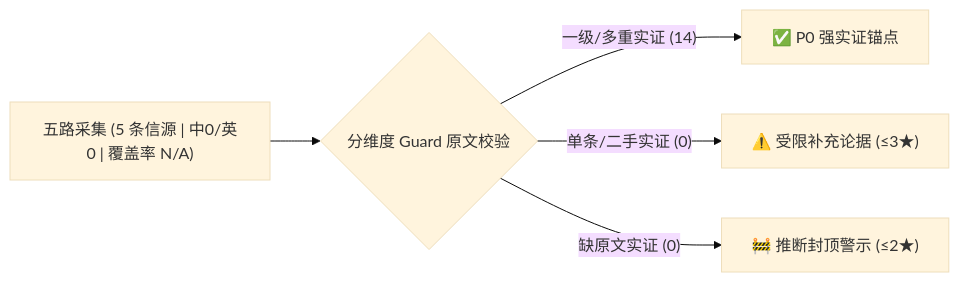
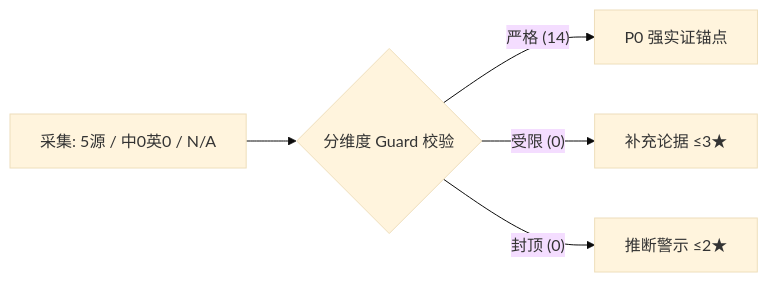
The second of 8 diagrams in reports/cursor.md (az1615962561-crypto/ai-harness-analyzer), drawn with Mermaid (base theme) before and after one commit. The commit also changed other lines of this file and 17 other files, not shown here.

Commit message:
Fix Mermaid xychart-beta layout: compact unquoted axis labels & Y-axis headroom

````diff
--- a/reports/cursor.md
+++ b/reports/cursor.md
@@ -76,7 +76,7 @@
 ```mermaid
 flowchart LR
-    Collect["五路采集 (5 条信源 | 中0/英0 | 覆盖率 N/A)"] --> Guard{"分维度 Guard 原文校验"}
-    Guard -- "一级/多重实证 (14)" --> Core["✅ P0 强实证锚点"]
-    Guard -- "单条/二手实证 (0)" --> Mod["⚠️ 受限补充论据 (≤3★)"]
-    Guard -- "缺原文实证 (0)" --> Warn["🚧 推断封顶警示 (≤2★)"]
+    Collect["采集: 5源 / 中0英0 / N/A"] --> Guard{"分维度 Guard 校验"}
+    Guard -- "严格 (14)" --> Core["P0 强实证锚点"]
+    Guard -- "受限 (0)" --> Mod["补充论据 ≤3★"]
+    Guard -- "封顶 (0)" --> Warn["推断警示 ≤2★"]
 ```
````
